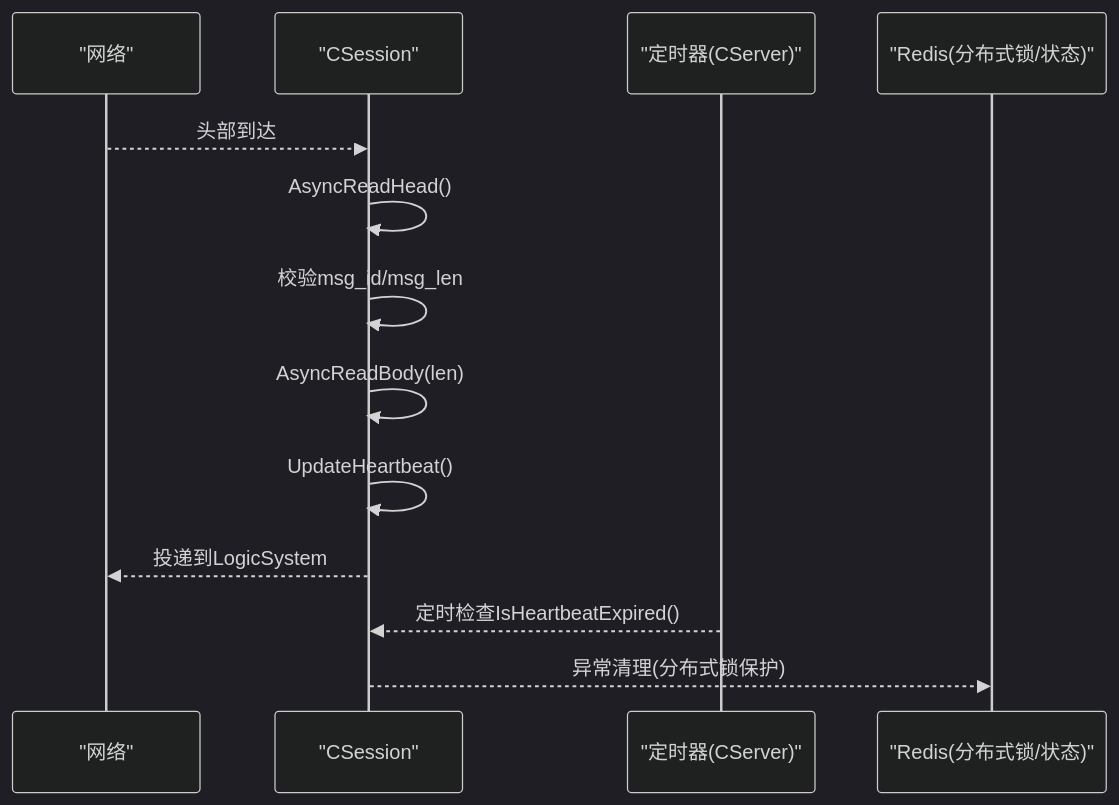
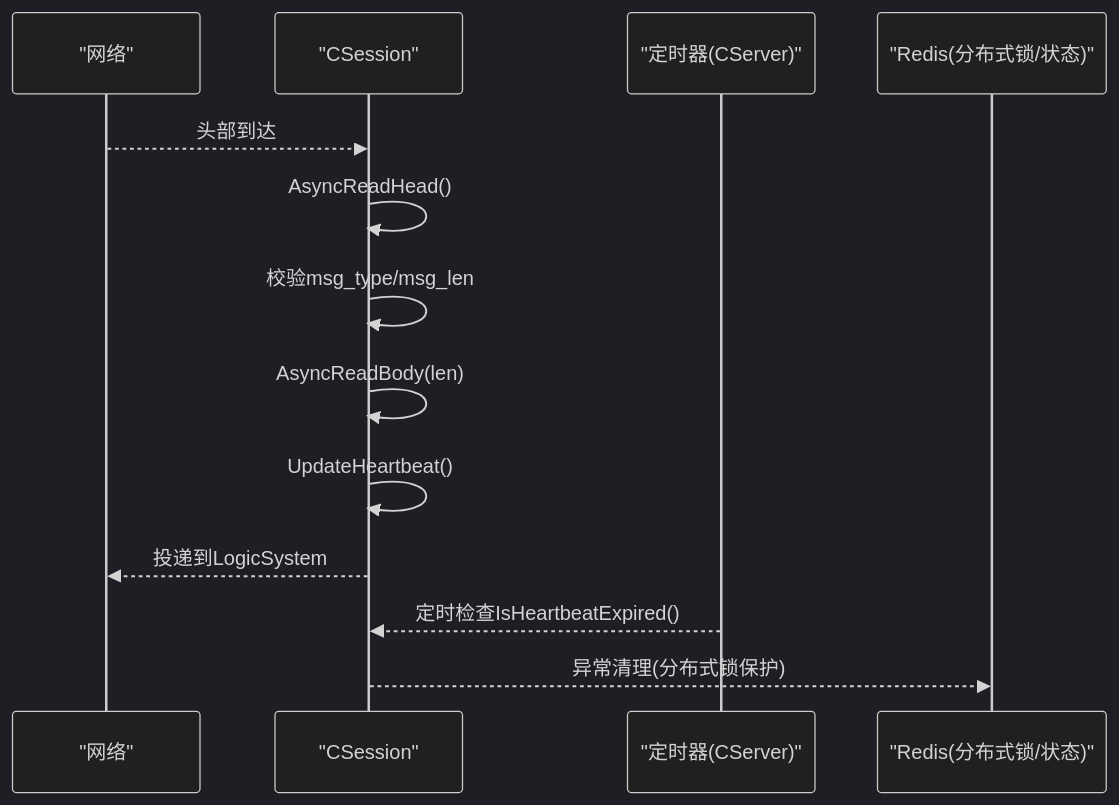
One commit to echo9923/mychatter changed the fifth of 6 diagrams in .qoder/repowiki/zh/content/性能优化/网络通信优化/网络协议栈调优.md. Above: the diagram before and after it, drawn with Mermaid (dark theme). The commit also changed other lines of this file and 128 other files, not shown here.

First line of the commit message:
refactor(protocol): TCP 帧头消息类型 msg_id 全局改名为 msg_type

````diff
--- a/.qoder/repowiki/zh/content/性能优化/网络通信优化/网络协议栈调优.md
+++ b/.qoder/repowiki/zh/content/性能优化/网络通信优化/网络协议栈调优.md
@@ -184,15 +184,15 @@
 ```mermaid
 sequenceDiagram
 participant NET as "网络"
 participant SES as "CSession"
 participant TMR as "定时器(CServer)"
 participant RDS as "Redis(分布式锁/状态)"
 NET-->>SES : 头部到达
 SES->>SES : AsyncReadHead()
-SES->>SES : 校验msg_id/msg_len
+SES->>SES : 校验msg_type/msg_len
 SES->>SES : AsyncReadBody(len)
 SES->>SES : UpdateHeartbeat()
 SES-->>NET : 投递到LogicSystem
 TMR-->>SES : 定时检查IsHeartbeatExpired()
 SES-->>RDS : 异常清理(分布式锁保护)
 ```
````
